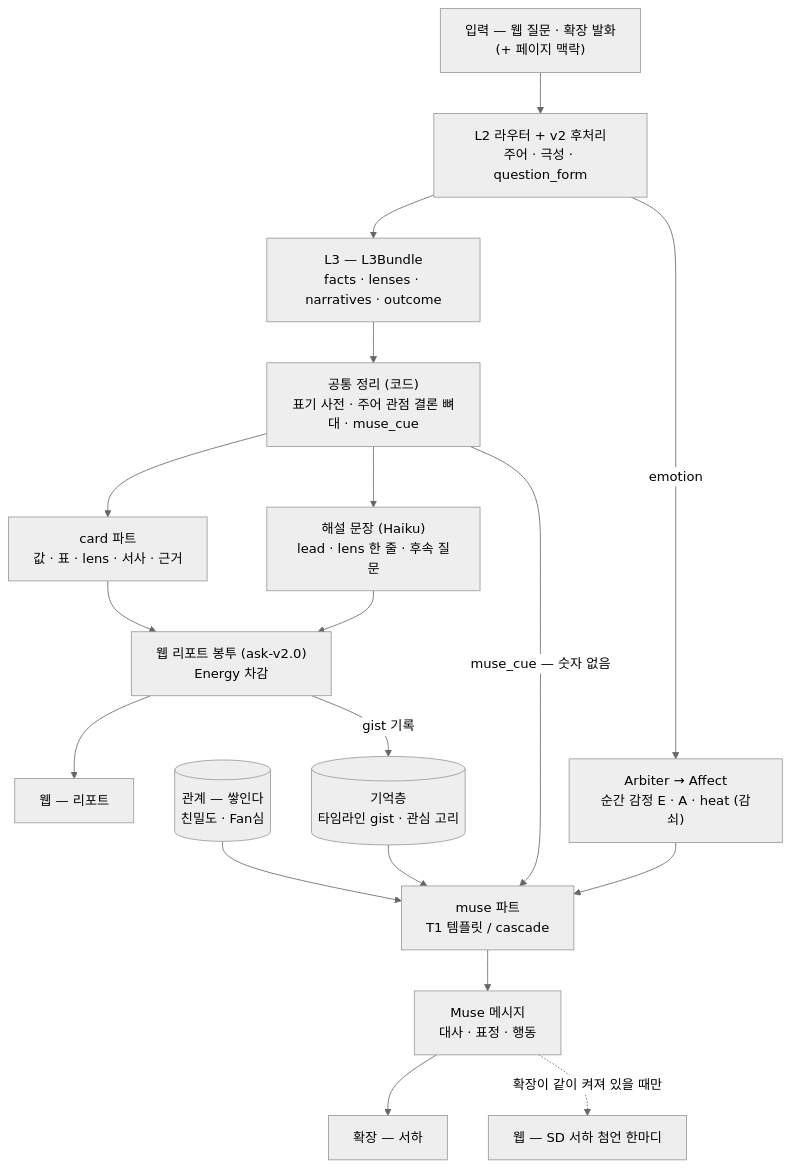
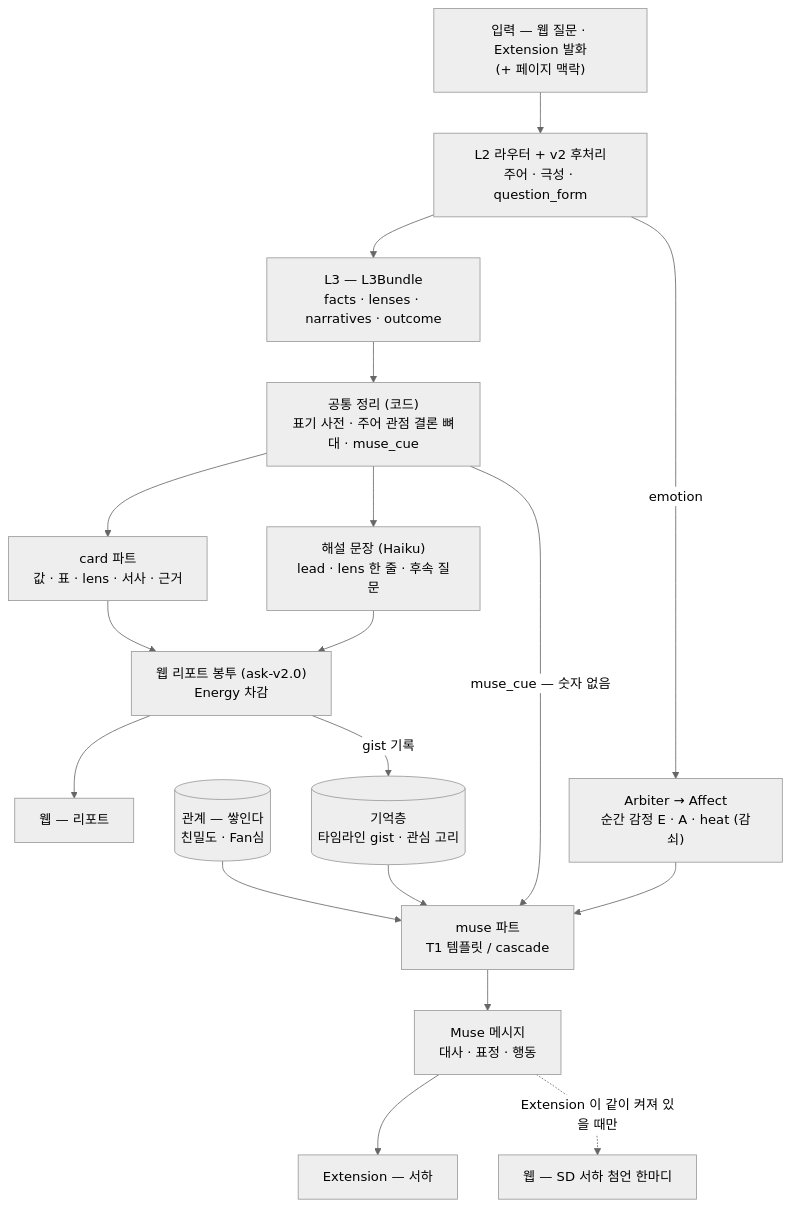
The diagram in docs/06-channels-and-muse.md (zzunlsj/rorr-layer-core), drawn with Mermaid (neutral theme) before and after one commit. The commit also changed other lines of this file and 11 other files, not shown here.

````diff
--- a/docs/06-channels-and-muse.md
+++ b/docs/06-channels-and-muse.md
@@ -61,20 +61,20 @@
 ```mermaid
 flowchart TD
-    IN["입력 — 웹 질문 · 확장 발화<br>(+ 페이지 맥락)"] --> L2["L2 라우터 + v2 후처리<br>주어 · 극성 · question_form"]
+    IN["입력 — 웹 질문 · Extension 발화<br>(+ 페이지 맥락)"] --> L2["L2 라우터 + v2 후처리<br>주어 · 극성 · question_form"]
     L2 --> L3["L3 — L3Bundle<br>facts · lenses · narratives · outcome"]
     L2 -->|emotion| AR["Arbiter → Affect<br>순간 감정 E · A · heat (감쇠)"]
     REL[("관계 — 쌓인다<br>친밀도 · Fan심")] --> MUSE
     L3 --> NORM["공통 정리 (코드)<br>표기 사전 · 주어 관점 결론 뼈대 · muse_cue"]
     NORM --> CARD["card 파트<br>값 · 표 · lens · 서사 · 근거"]
     NORM --> EXPL["해설 문장 (Haiku)<br>lead · lens 한 줄 · 후속 질문"]
     NORM -->|"muse_cue — 숫자 없음"| MUSE["muse 파트<br>T1 템플릿 / cascade"]
     AR --> MUSE
     MEM[("기억층<br>타임라인 gist · 관심 고리")] --> MUSE
     CARD --> RENV["웹 리포트 봉투 (ask-v2.0)<br>Energy 차감"]
     EXPL --> RENV
     RENV --> WEB["웹 — 리포트"]
     MUSE --> MENV["Muse 메시지<br>대사 · 표정 · 행동"]
-    MENV --> EXT["확장 — 서하"]
-    MENV -.->|"확장이 같이 켜져 있을 때만"| SD["웹 — SD 서하 첨언 한마디"]
+    MENV --> EXT["Extension — 서하"]
+    MENV -.->|"Extension 이 같이 켜져 있을 때만"| SD["웹 — SD 서하 첨언 한마디"]
     RENV -->|gist 기록| MEM
 ```
````
